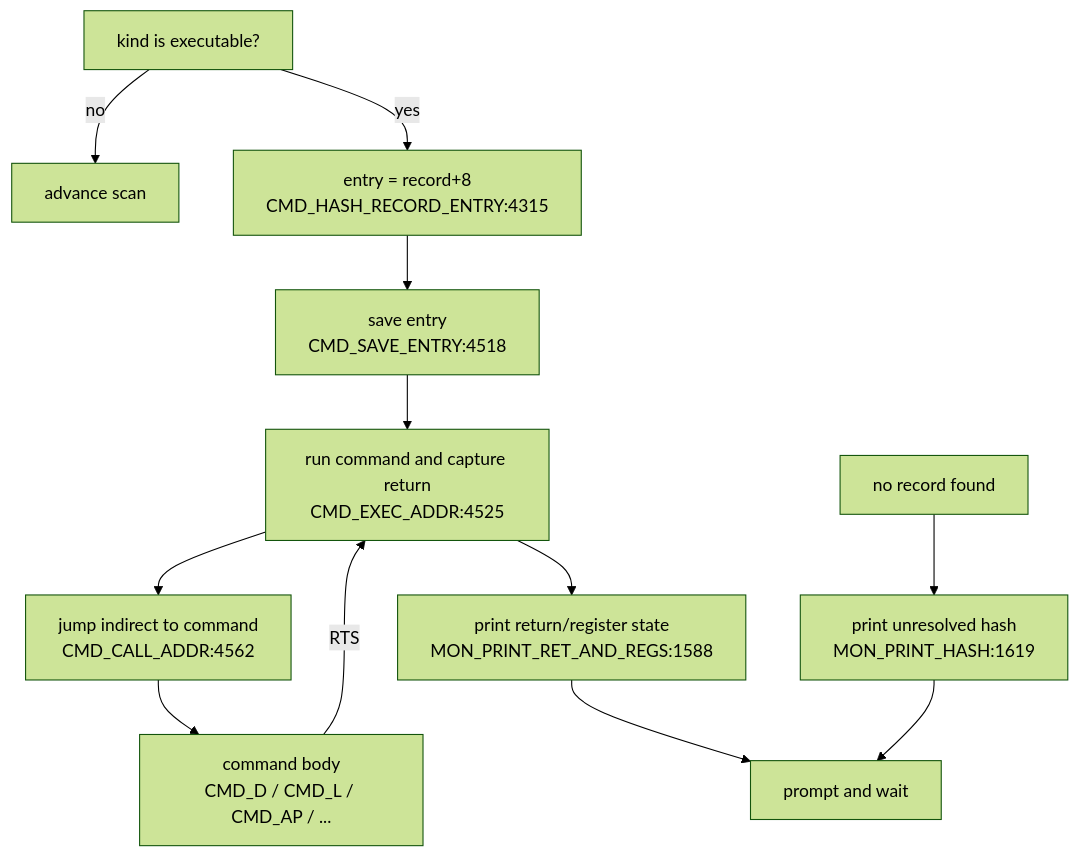
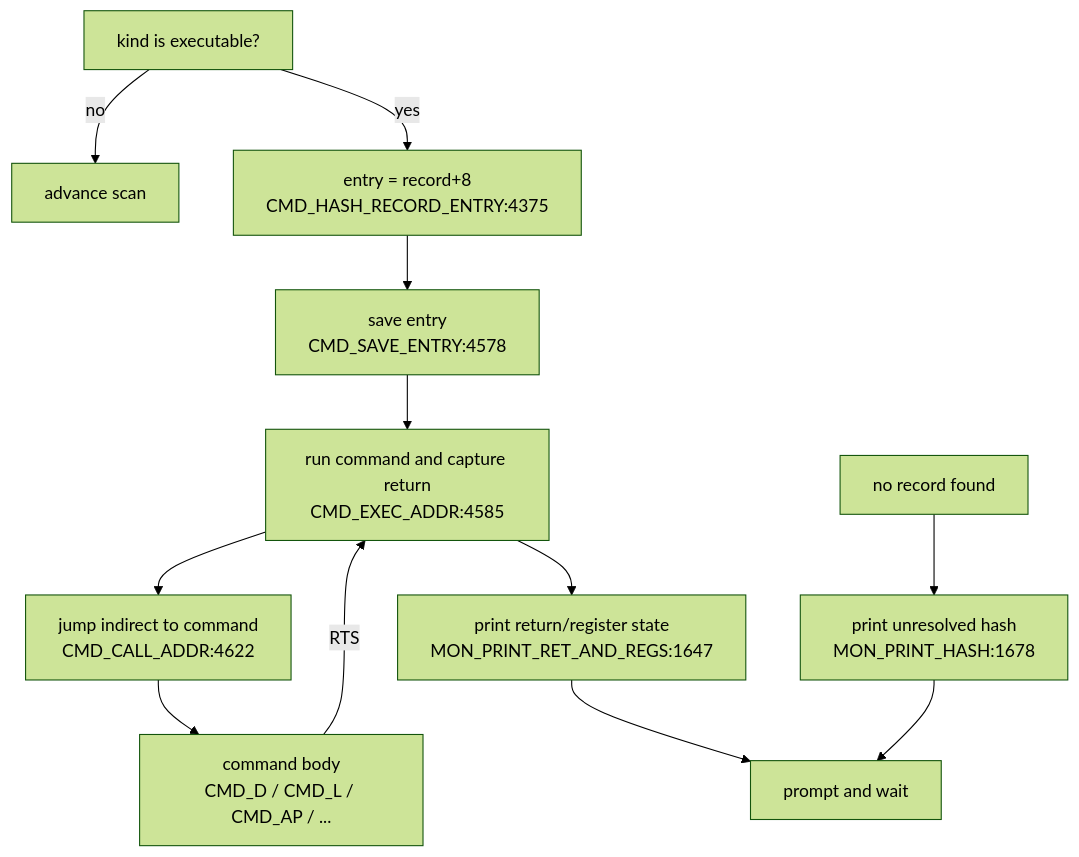
One commit to 95westus/R-YORS changed the fourth of 4 diagrams in DOC/GENERATED/CMD_FLOW_MAP.md. Above: the diagram before and after it, drawn with Mermaid (forest theme). The commit also changed other lines of this file and 42 other files, not shown here.

````diff
--- a/DOC/GENERATED/CMD_FLOW_MAP.md
+++ b/DOC/GENERATED/CMD_FLOW_MAP.md
@@ -58,14 +58,14 @@
 ```mermaid
 flowchart TD
     EXECOK["kind is executable?"] -->|no| ADV["advance scan"]
-    EXECOK -->|yes| ENTRY["entry = record+8<br/>CMD_HASH_RECORD_ENTRY:4315"]
-    ENTRY --> SAVEENTRY["save entry<br/>CMD_SAVE_ENTRY:4518"]
-    SAVEENTRY --> RUN["run command and capture return<br/>CMD_EXEC_ADDR:4525"]
-    RUN --> CALL["jump indirect to command<br/>CMD_CALL_ADDR:4562"]
+    EXECOK -->|yes| ENTRY["entry = record+8<br/>CMD_HASH_RECORD_ENTRY:4375"]
+    ENTRY --> SAVEENTRY["save entry<br/>CMD_SAVE_ENTRY:4578"]
+    SAVEENTRY --> RUN["run command and capture return<br/>CMD_EXEC_ADDR:4585"]
+    RUN --> CALL["jump indirect to command<br/>CMD_CALL_ADDR:4622"]
     CALL --> BODY["command body<br/>CMD_D / CMD_L / CMD_AP / ..."]
     BODY -->|RTS| RUN
-    RUN --> RETPRINT["print return/register state<br/>MON_PRINT_RET_AND_REGS:1588"]
+    RUN --> RETPRINT["print return/register state<br/>MON_PRINT_RET_AND_REGS:1647"]
     RETPRINT --> LOOP["prompt and wait"]
-    MISS["no record found"] --> PRHASH["print unresolved hash<br/>MON_PRINT_HASH:1619"]
+    MISS["no record found"] --> PRHASH["print unresolved hash<br/>MON_PRINT_HASH:1678"]
     PRHASH --> LOOP
 ```
````
